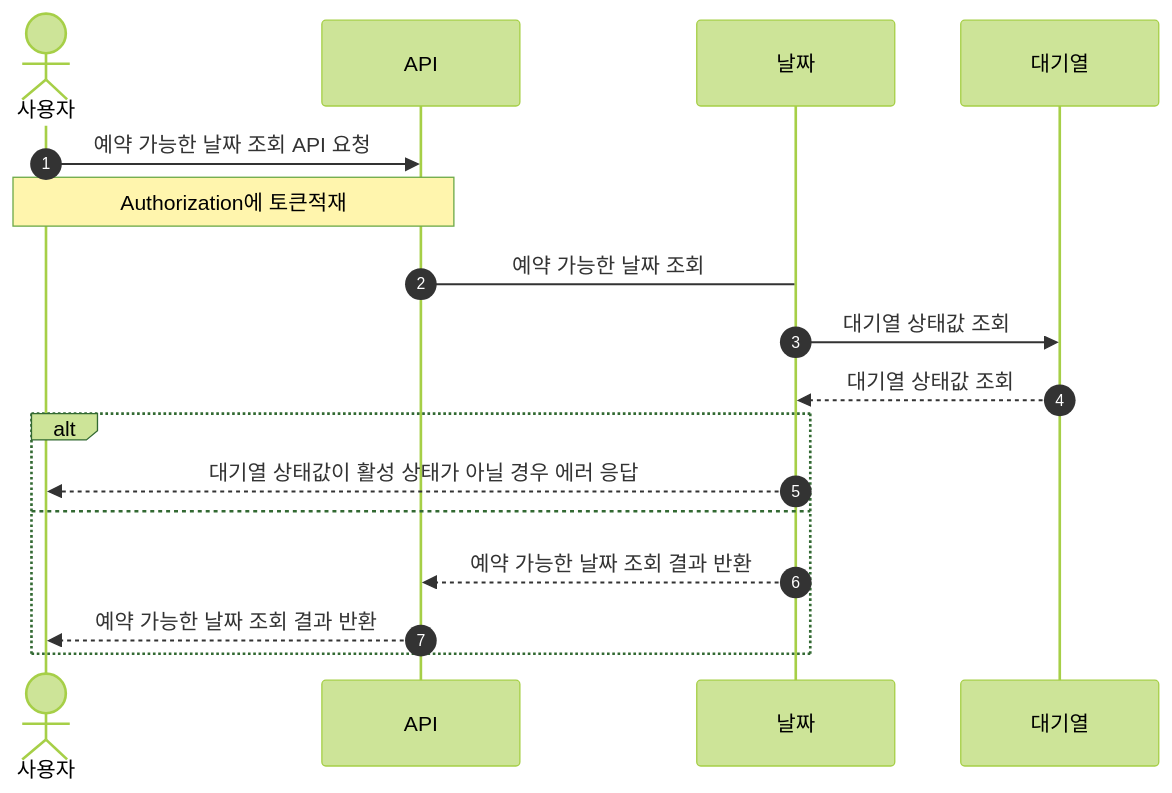
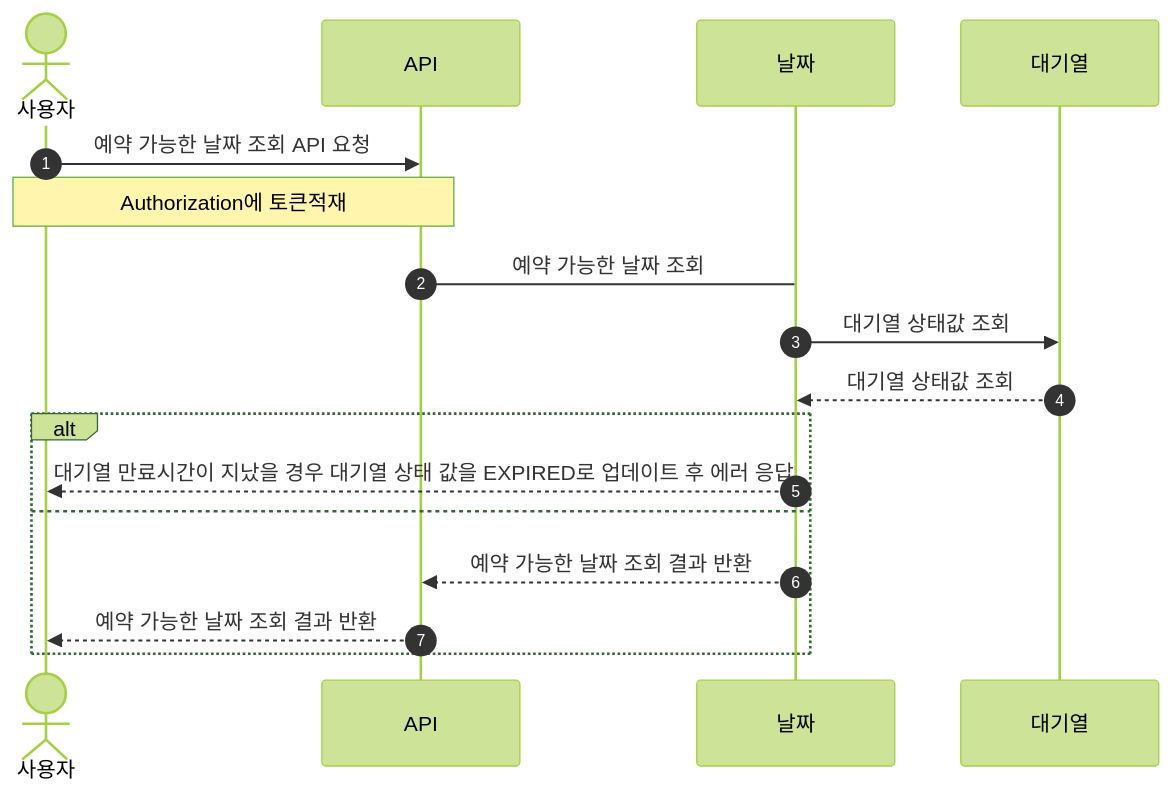
One commit to jikimee64/hhplus-concert changed the second of 7 diagrams in docs/sequence.md. Above: the diagram before and after it, drawn with Mermaid (forest theme). The commit also changed other lines of this file, not shown here.

First line of the commit message:
docs: 시퀀스 다이어그램 수정

````diff
--- a/docs/sequence.md
+++ b/docs/sequence.md
@@ -34,19 +37,19 @@
 ```mermaid
 sequenceDiagram
     autonumber
     actor 사용자 as 사용자
     participant API as API
     participant 날짜 as 날짜
     participant 대기열 as 대기열
     사용자 ->> API: 예약 가능한 날짜 조회 API 요청
     Note over 사용자, API: Authorization에 토큰적재
     API -> 날짜: 예약 가능한 날짜 조회
     날짜 ->> 대기열: 대기열 상태값 조회
     대기열 -->> 날짜: 대기열 상태값 조회
     alt
-        날짜 -->> 사용자: 대기열 상태값이 활성 상태가 아닐 경우 에러 응답
+        날짜 -->> 사용자: 대기열 만료시간이 지났을 경우 대기열 상태 값을 EXPIRED로 업데이트 후 에러 응답
     else
         날짜 -->> API: 예약 가능한 날짜 조회 결과 반환
         API -->> 사용자: 예약 가능한 날짜 조회 결과 반환
     end
 ```
````
